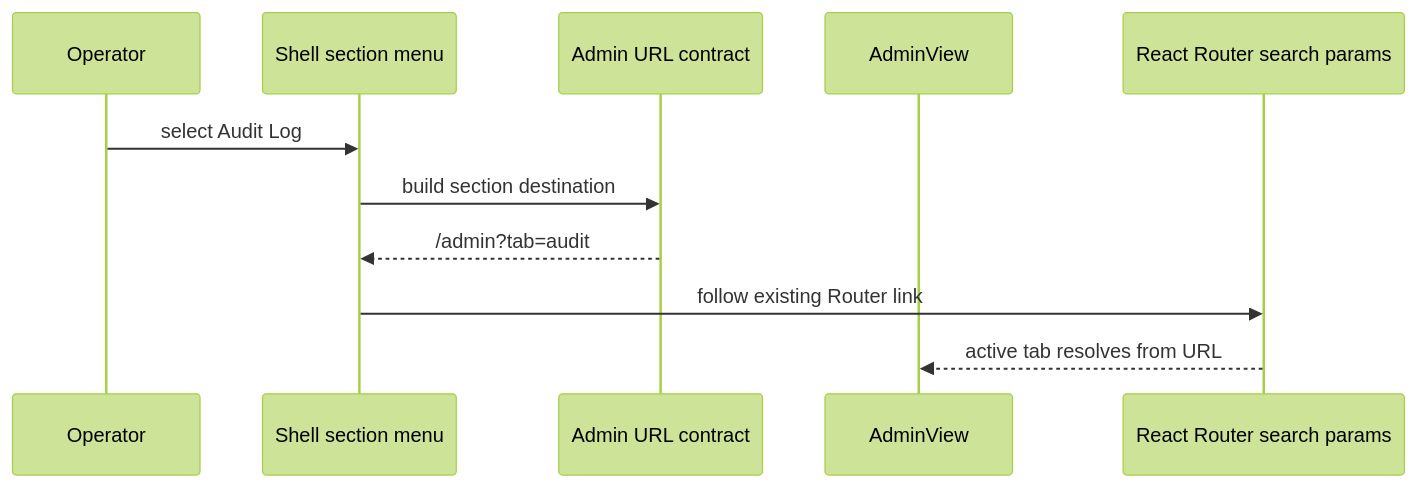
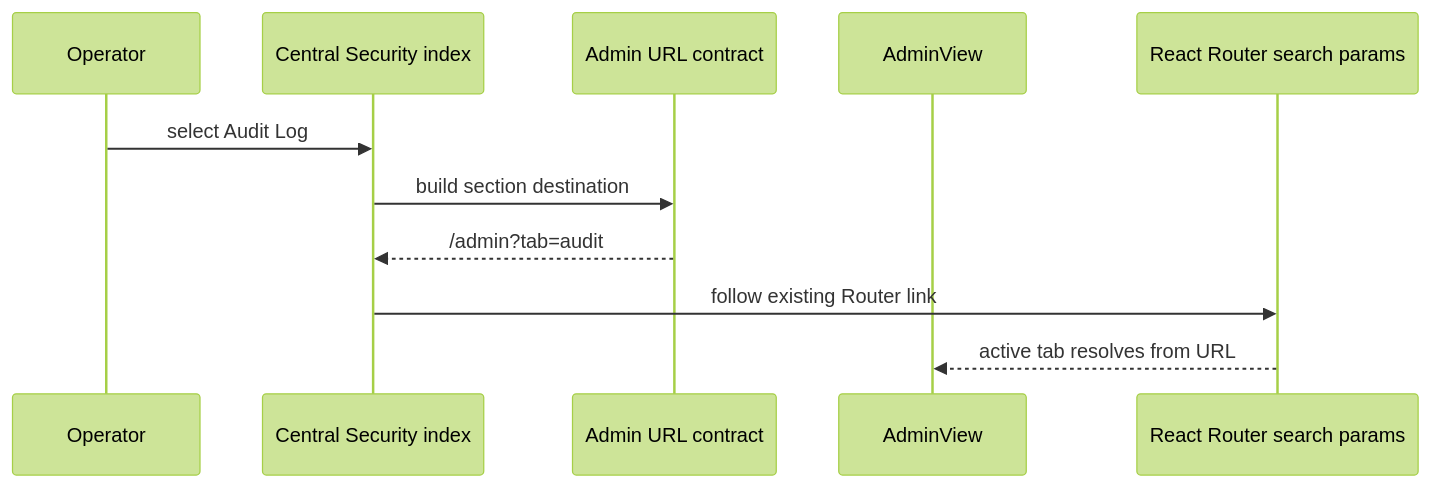
One commit to dunay2/dvt changed the first of 2 diagrams in docs/architecture/components/web/admin-route-position-component.md. Above: the diagram before and after it, drawn with Mermaid (forest theme). The commit also changed other lines of this file and 19 other files, not shown here.

Commit message:
feat(web): Open the security menu in the Administration workspace (#3968)

````diff
--- a/docs/architecture/components/web/admin-route-position-component.md
+++ b/docs/architecture/components/web/admin-route-position-component.md
@@ -52,14 +45,14 @@
 ```mermaid
 sequenceDiagram
   participant Operator
-  participant Menu as Shell section menu
+  participant Menu as Central Security index
   participant Position as Admin URL contract
   participant Admin as AdminView
   participant Router as React Router search params
 
   Operator->>Menu: select Audit Log
   Menu->>Position: build section destination
   Position-->>Menu: /admin?tab=audit
   Menu->>Router: follow existing Router link
   Router-->>Admin: active tab resolves from URL
 ```
````
